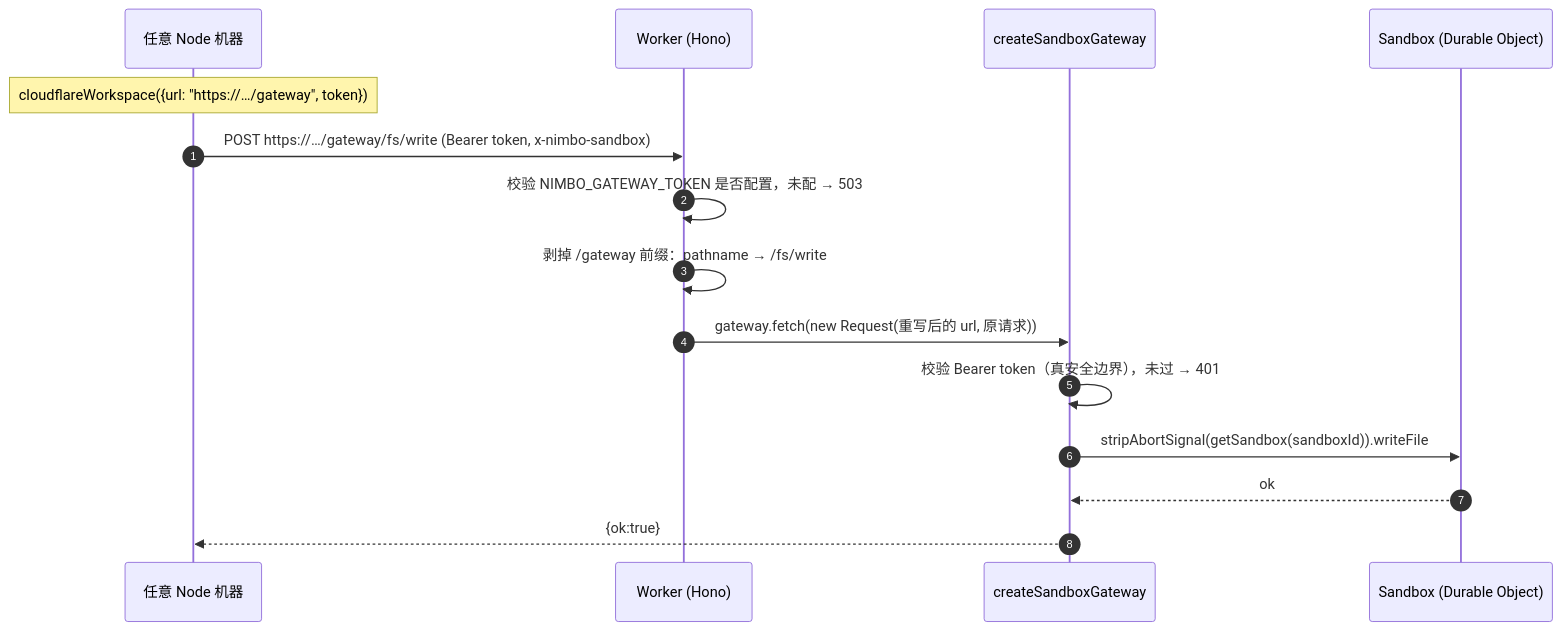
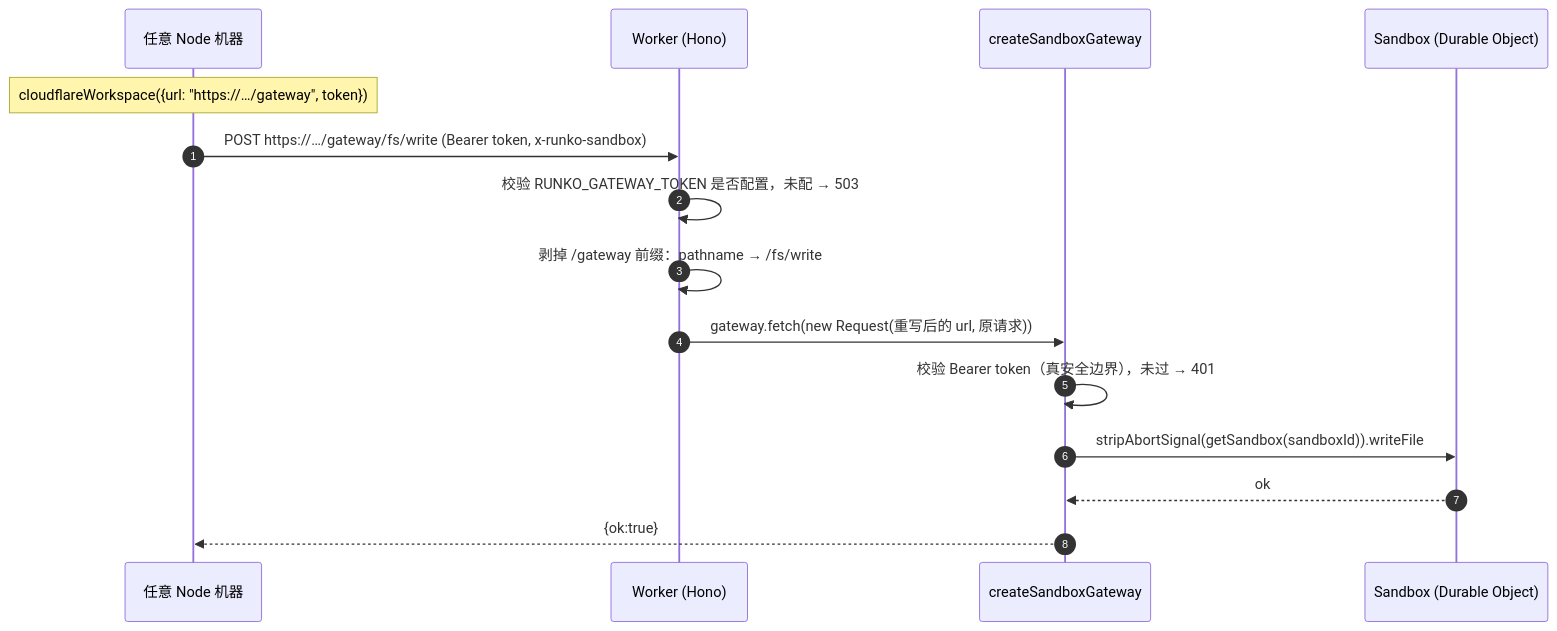
Before and after one commit to ludafa/runko: the second of 2 diagrams in docs/host/cloudflare/tech/cloudflare-worker-server.md, drawn with Mermaid. The commit also changed other lines of this file and 450 other files, not shown here.

First line of the commit message:
refactor: 全仓库改名 nimbo → runko，库表名改用 agent_ 前缀

````diff
--- a/docs/host/cloudflare/tech/cloudflare-worker-server.md
+++ b/docs/host/cloudflare/tech/cloudflare-worker-server.md
@@ -88,18 +88,18 @@
 ```mermaid
 sequenceDiagram
     autonumber
     participant N as 任意 Node 机器
     participant W as Worker (Hono)
     participant GW as createSandboxGateway
     participant DO as Sandbox (Durable Object)
 
     Note over N: cloudflareWorkspace({url: "https://…/gateway", token})
-    N->>W: POST https://…/gateway/fs/write (Bearer token, x-nimbo-sandbox)
-    W->>W: 校验 NIMBO_GATEWAY_TOKEN 是否配置，未配 → 503
+    N->>W: POST https://…/gateway/fs/write (Bearer token, x-runko-sandbox)
+    W->>W: 校验 RUNKO_GATEWAY_TOKEN 是否配置，未配 → 503
     W->>W: 剥掉 /gateway 前缀：pathname → /fs/write
     W->>GW: gateway.fetch(new Request(重写后的 url, 原请求))
     GW->>GW: 校验 Bearer token（真安全边界），未过 → 401
     GW->>DO: stripAbortSignal(getSandbox(sandboxId)).writeFile
     DO-->>GW: ok
     GW-->>N: {ok:true}
 ```
````
